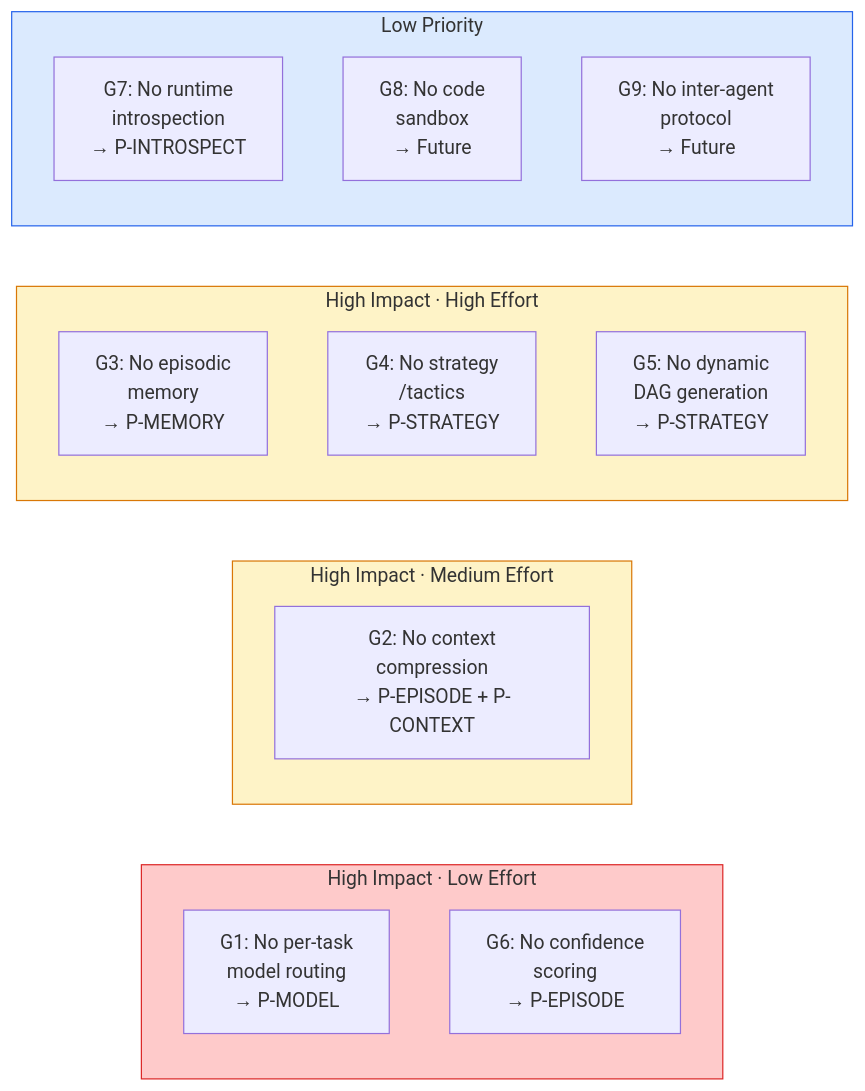
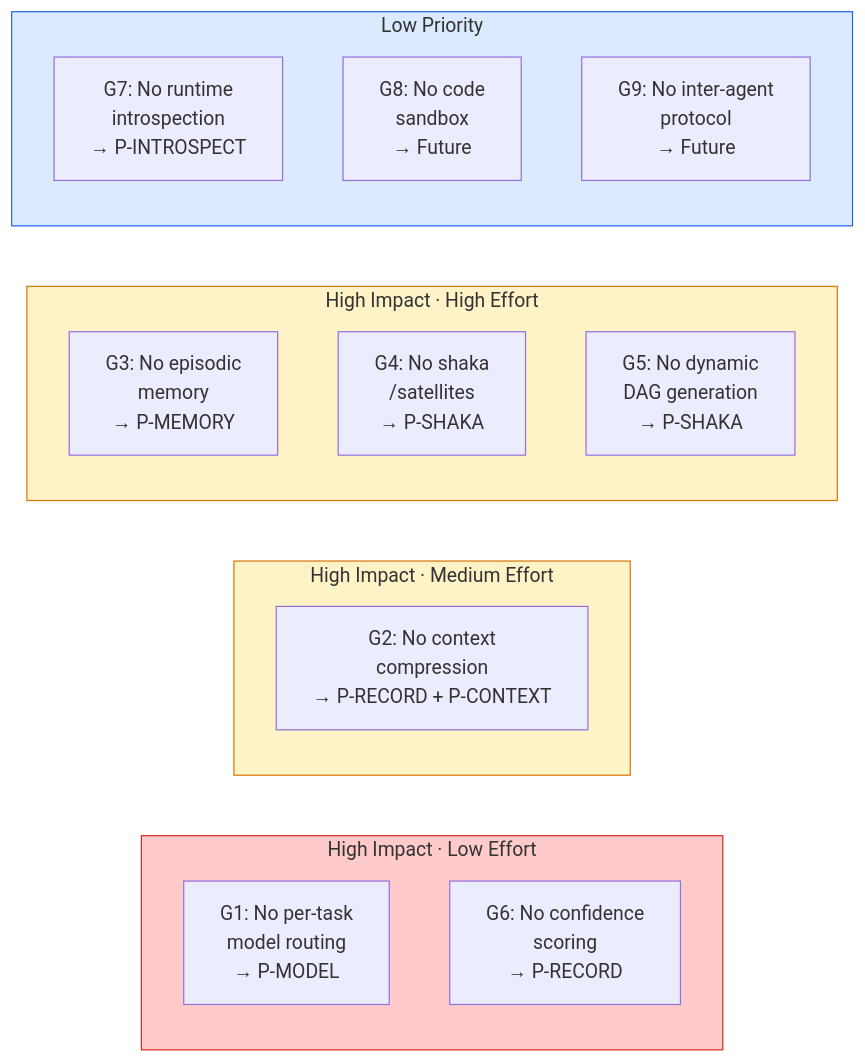
One commit to supernovae-st/nika changed the ninth of 14 diagrams in docs/brainstorm/nika-evolution/06-research-synthesis-report.md. Above: the diagram before and after it, drawn with Mermaid. The commit also changed other lines of this file and 12 other files, not shown here.

````diff
--- a/docs/brainstorm/nika-evolution/06-research-synthesis-report.md
+++ b/docs/brainstorm/nika-evolution/06-research-synthesis-report.md
@@ -422,28 +422,28 @@
 ```mermaid
 flowchart LR
     subgraph HIGH_LOW["High Impact · Low Effort"]
         G1["G1: No per-task\nmodel routing\n→ P-MODEL"]
-        G6["G6: No confidence\nscoring\n→ P-EPISODE"]
+        G6["G6: No confidence\nscoring\n→ P-RECORD"]
     end
 
     subgraph HIGH_MED["High Impact · Medium Effort"]
-        G2["G2: No context\ncompression\n→ P-EPISODE + P-CONTEXT"]
+        G2["G2: No context\ncompression\n→ P-RECORD + P-CONTEXT"]
     end
 
     subgraph HIGH_HIGH["High Impact · High Effort"]
         G3["G3: No episodic\nmemory\n→ P-MEMORY"]
-        G4["G4: No strategy\n/tactics\n→ P-STRATEGY"]
-        G5["G5: No dynamic\nDAG generation\n→ P-STRATEGY"]
+        G4["G4: No shaka\n/satellites\n→ P-SHAKA"]
+        G5["G5: No dynamic\nDAG generation\n→ P-SHAKA"]
     end
 
     subgraph LOW["Low Priority"]
         G7["G7: No runtime\nintrospection\n→ P-INTROSPECT"]
         G8["G8: No code\nsandbox\n→ Future"]
         G9["G9: No inter-agent\nprotocol\n→ Future"]
     end
 
     style HIGH_LOW fill:#fecaca,stroke:#dc2626
     style HIGH_MED fill:#fef3c7,stroke:#d97706
     style HIGH_HIGH fill:#fef3c7,stroke:#d97706
     style LOW fill:#dbeafe,stroke:#2563eb
 ```
````
